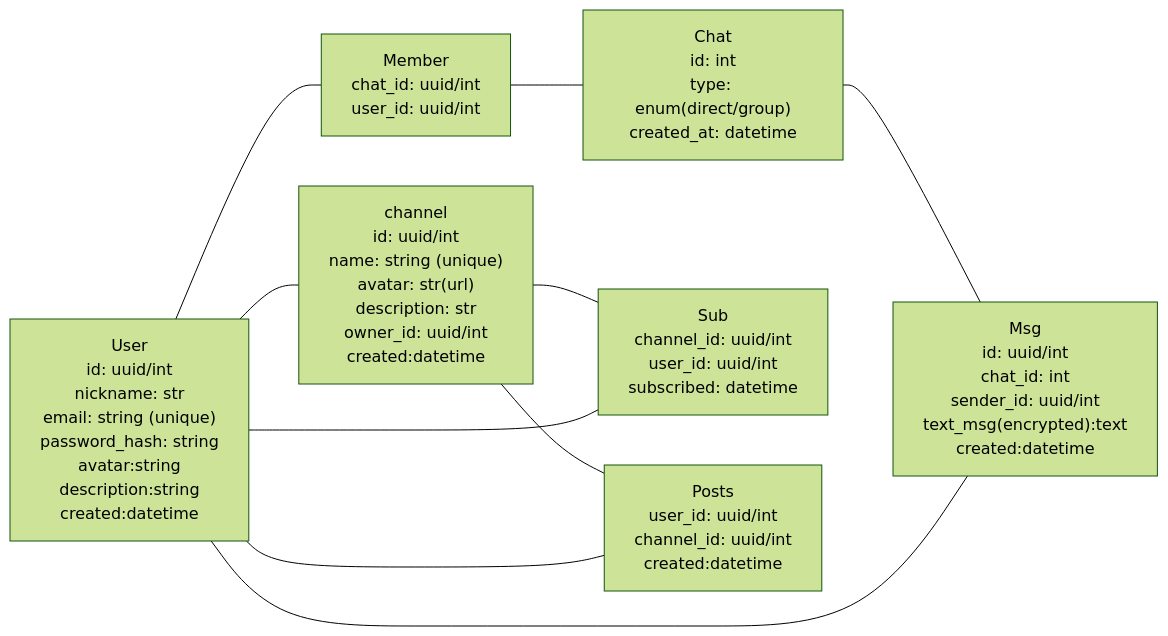
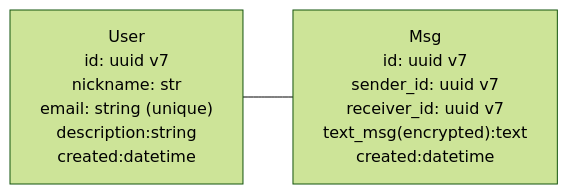
One commit to sevartz/mentorstvo changed the diagram in analytics/er.md. Above: the diagram before and after it, drawn with Mermaid (forest theme). The commit also changed 3 other files, not shown here.

````diff
--- a/analytics/er.md
+++ b/analytics/er.md
@@ -1,61 +1,20 @@
 ```mermaid
     flowchart LR
 
     user["User
-    id: uuid/int
+    id: uuid v7
     nickname: str
     email: string (unique)
-    password_hash: string
-    avatar:string
     description:string
     created:datetime"]
 
-    chat["Chat
-    id: int
-    type: enum(direct/group)
-    created_at: datetime"]
-
-    chatMembers["Member
-    chat_id: uuid/int
-    user_id: uuid/int"]
-
     message["Msg
-    id: uuid/int
-    chat_id: int
-    sender_id: uuid/int
+    id: uuid v7
+    sender_id: uuid v7
+    receiver_id: uuid v7
     text_msg(encrypted):text
     created:datetime
     "]
-    
-    channel["channel
-    id: uuid/int
-    name: string (unique)
-    avatar: str(url)
-    description: str
-    owner_id: uuid/int
-    created:datetime
-    "]
 
-    channelSub["Sub
-    channel_id: uuid/int
-    user_id: uuid/int
-    subscribed: datetime
-    "]
-
-    channelPosts["Posts
-    user_id: uuid/int
-    channel_id: uuid/int
-    created:datetime
-    "]
-
-    user --- chatMembers
-    chatMembers --- chat
-    chat --- message
     user --- message
-    user --- channel
-    channel --- channelSub
-    user --- channelSub
-    channel --- channelPosts
-    user --- channelPosts
-
 ```
````
